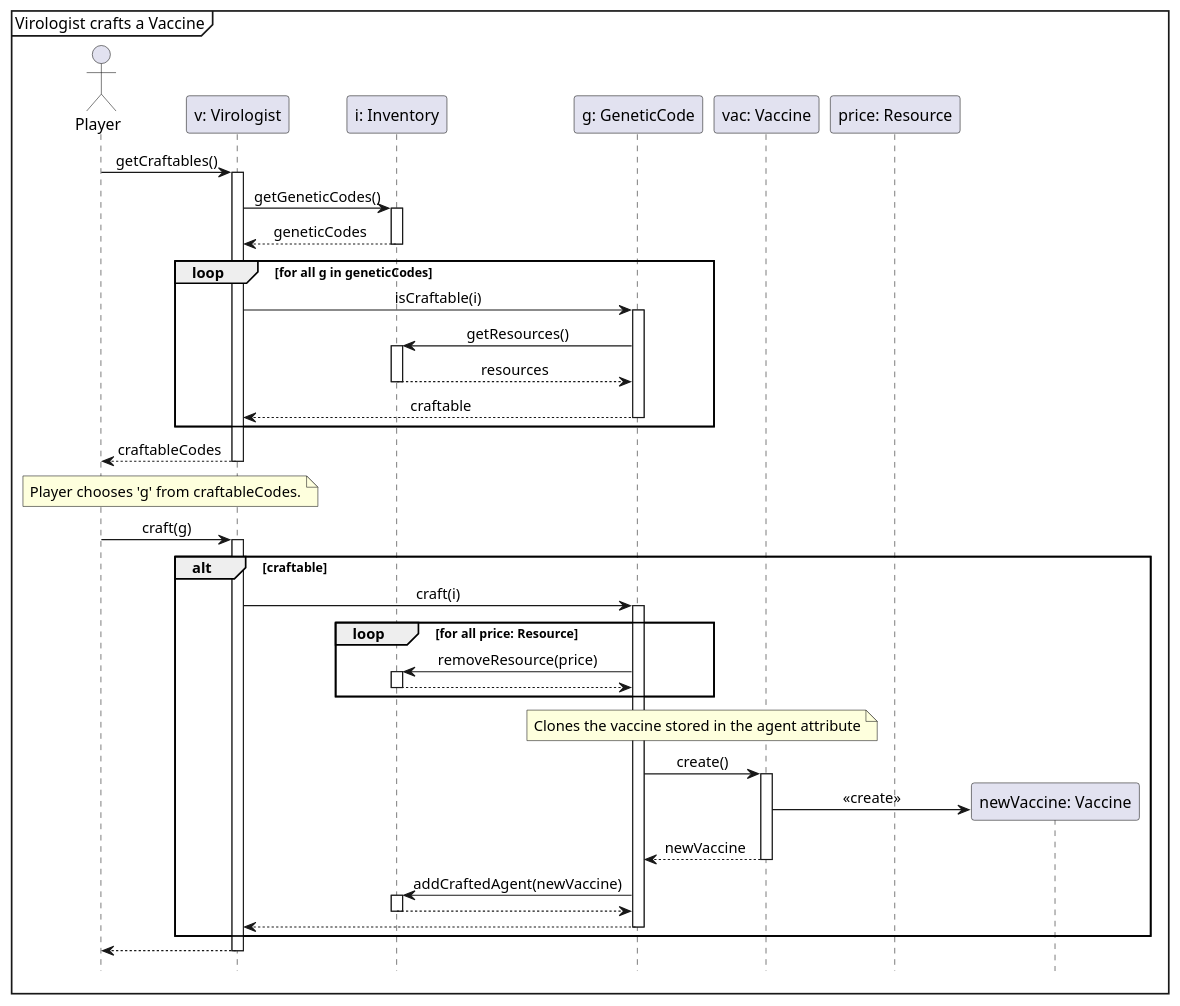
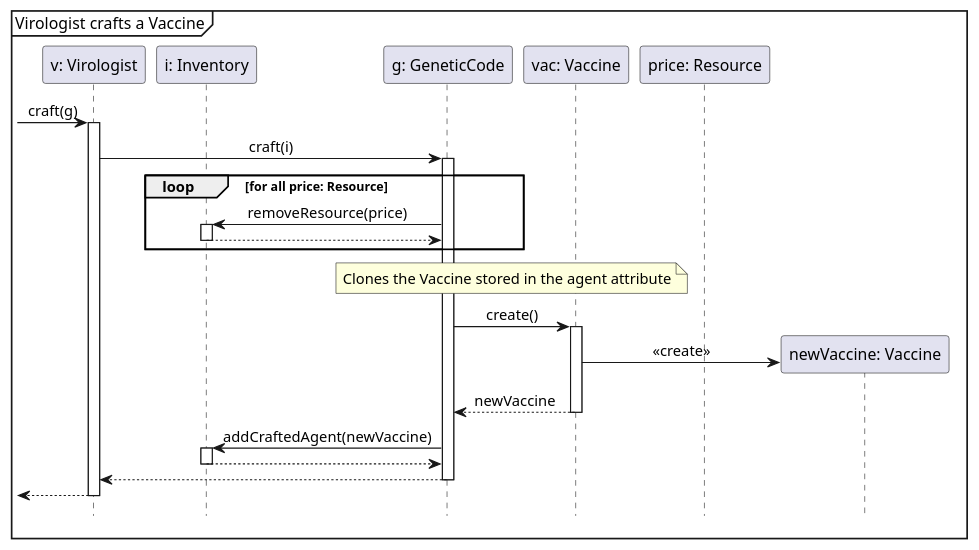
The diagram in docs/testCases/sequences/craftVaccine.puml (Tschonti/503-service-unavailable), drawn with PlantUML before and after one commit. The commit also changed 7 other files, not shown here.

```diff
--- a/docs/testCases/sequences/craftVaccine.puml
+++ b/docs/testCases/sequences/craftVaccine.puml
@@ -1,47 +1,32 @@
 @startuml
 'https://plantuml.com/sequence-diagram
 
 hide footbox
 skinparam sequenceMessageAlign center
 
 mainframe  Virologist crafts a Vaccine
 
-actor Player as p
 participant "v: Virologist" as v
 participant "i: Inventory" as i
 participant "g: GeneticCode" as g
 participant "vac: Vaccine" as v1
 participant "price: Resource"
 participant "newVaccine: Vaccine" as v2
 
-p -> v ++ : getCraftables()
-    v -> i ++ : getGeneticCodes()
-    return geneticCodes
 
-    loop for all g in geneticCodes
-        v -> g ++ : isCraftable(i)
-            g -> i ++ : getResources()
-            return resources
-        return craftable
-    end
-return craftableCodes
-
-note over p,v: Player chooses 'g' from craftableCodes.
-p -> v ++ : craft(g)
-    alt craftable
+-> v ++ : craft(g)
         v -> g ++ : craft(i)
             loop for all price: Resource
                 g -> i ++ : removeResource(price)
                 return
             end
-            note over g, v1 : Clones the vaccine stored in the agent attribute
+            note over g, v1 : Clones the Vaccine stored in the agent attribute
             g -> v1 ++ : create()
                 v1 -> v2 ** : <<create>>
             return newVaccine
             g -> i ++ : addCraftedAgent(newVaccine)
             return
         return
-    end
 return
 
 @enduml
```
